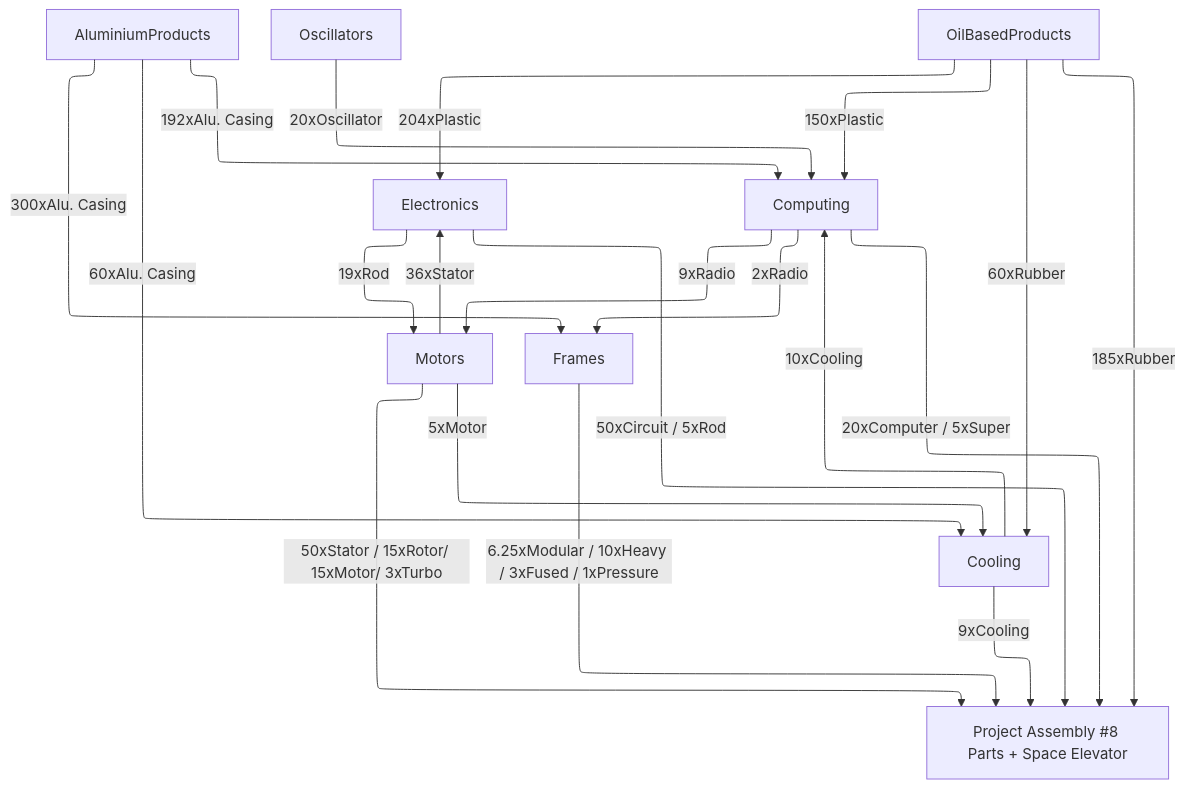
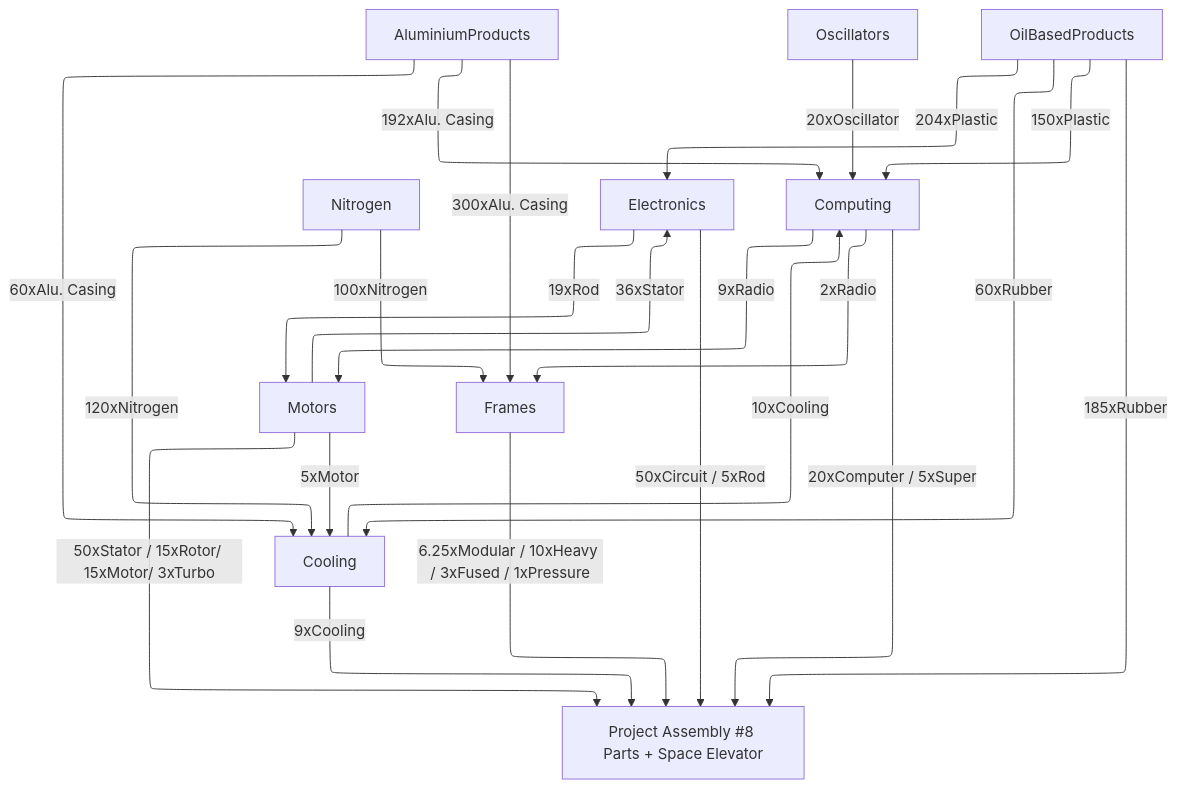
Before and after one commit to totobest/satis-master-plan: the diagram in src/train_connections.mermaid, drawn with Mermaid. The commit also changed 5 other files, not shown here.

```diff
--- a/src/train_connections.mermaid
+++ b/src/train_connections.mermaid
@@ -1,41 +1,46 @@
 ---
 config:
   layout: elk
 ---
 
 flowchart TD
 
     AluminiumProducts
 
     Oscillators
 
+    Nitrogen
+
+
     Electronics -- 19xRod --> Motors
     Computing -- 9xRadio --> Motors
     Motors
 
     AluminiumProducts -- 300xAlu. Casing --> Frames
     Computing -- 2xRadio --> Frames
+    Nitrogen -- 100xNitrogen --> Frames
     Frames
 
     OilBasedProducts -- 204xPlastic --> Electronics
     Motors -- 36xStator --> Electronics
     Electronics
 
     OilBasedProducts -- 60xRubber --> Cooling
     AluminiumProducts -- 60xAlu. Casing --> Cooling
     Motors -- 5xMotor --> Cooling
+    Nitrogen -- 120xNitrogen --> Cooling
     Cooling
 
     OilBasedProducts -- 150xPlastic --> Computing
     Oscillators -- 20xOscillator --> Computing
     AluminiumProducts -- 192xAlu. Casing --> Computing
     Cooling -- 10xCooling--> Computing
     Computing
 
     OilBasedProducts -- 185xRubber --> ProjectAssembly
     Motors -- 50xStator / 15xRotor/ 15xMotor/ 3xTurbo --> ProjectAssembly
     Frames -- 6.25xModular / 10xHeavy / 3xFused / 1xPressure --> ProjectAssembly
     Electronics -- 50xCircuit / 5xRod --> ProjectAssembly
     Cooling -- 9xCooling--> ProjectAssembly
     Computing -- 20xComputer / 5xSuper --> ProjectAssembly
     ProjectAssembly["Project Assembly #8 Parts + Space Elevator"]
```
